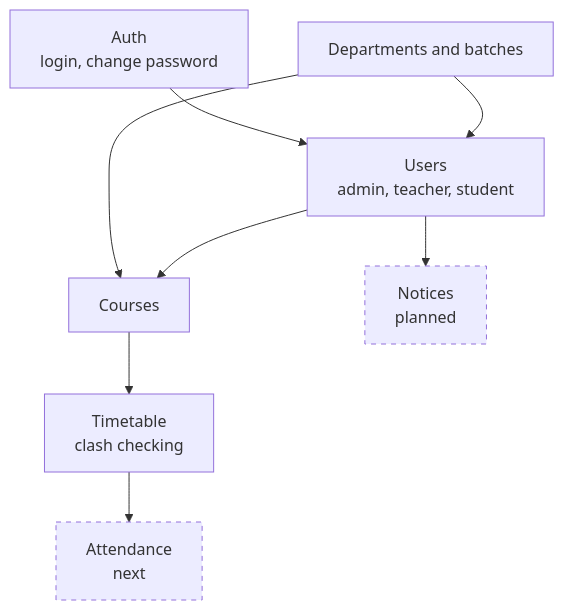
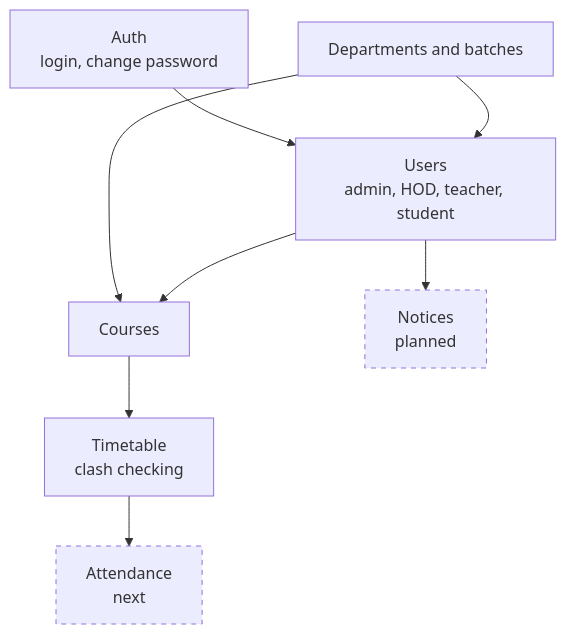
One commit to ArchieTyagi/Nexus_Campus changed the second of 5 diagrams in docs/HLD.md. Above: the diagram before and after it, drawn with Mermaid. The commit also changed 10 other files, not shown here.

````diff
--- a/docs/HLD.md
+++ b/docs/HLD.md
@@ -51,21 +51,21 @@
 ```mermaid
 flowchart TB
     AUTH[Auth<br/>login, change password]
-    USERS[Users<br/>admin, teacher, student]
+    USERS[Users<br/>admin, HOD, teacher, student]
     ORG[Departments and batches]
     COURSES[Courses]
     TT[Timetable<br/>clash checking]
     ATT[Attendance<br/>next]
     NOT[Notices<br/>planned]
 
     AUTH --> USERS
     ORG --> USERS
     ORG --> COURSES
     USERS --> COURSES
     COURSES --> TT
     TT --> ATT
     USERS --> NOT
 
     classDef planned stroke-dasharray: 5 5
     class ATT,NOT planned
 ```
````
